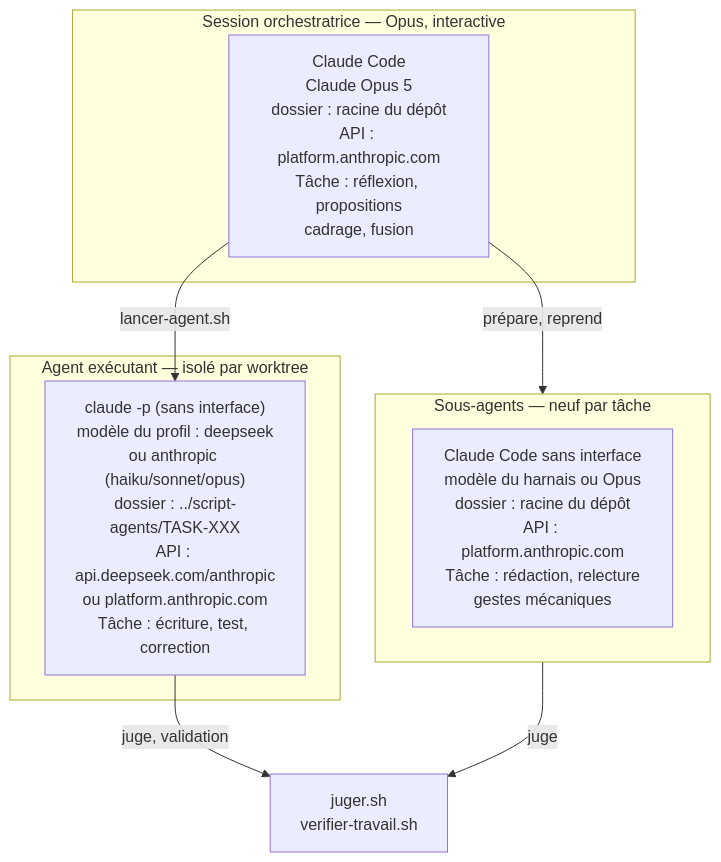
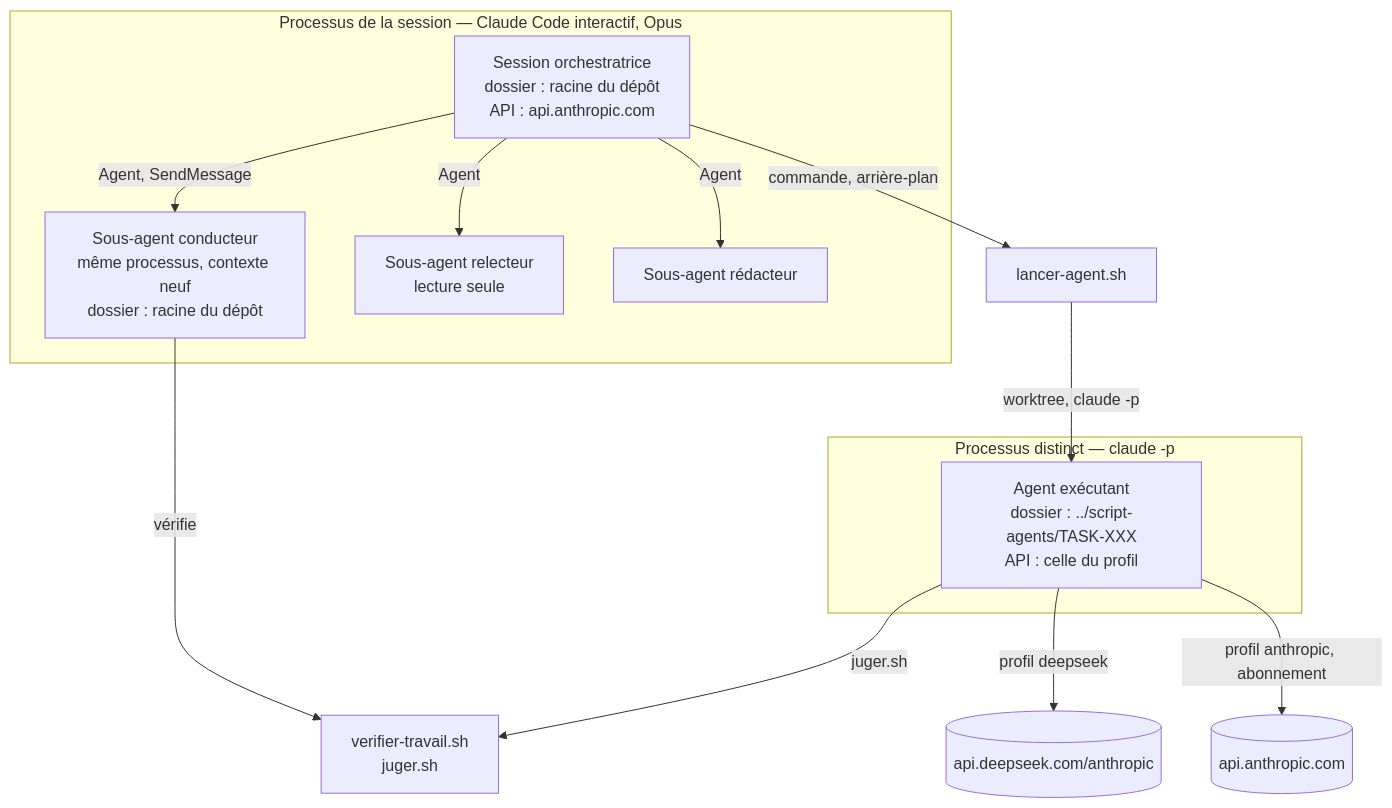
Before and after one commit to MGNetworking/scripts: the fifth of 5 diagrams in orchestration/architecture.md, drawn with Mermaid. The commit also changed other lines of this file, not shown here.

Commit message:
fix: retours de relecture (RETOURS-TASK-094.md)

````diff
--- a/orchestration/architecture.md
+++ b/orchestration/architecture.md
@@ -316,16 +316,26 @@
 ```mermaid
-flowchart TD
-    subgraph Session["Session orchestratrice — Opus, interactive"]
-        SE["Claude Code<br/>Claude Opus 5<br/>dossier : racine du dépôt<br/>API : platform.anthropic.com<br/>Tâche : réflexion, propositions<br/>cadrage, fusion"]
+flowchart TB
+    subgraph Session["Processus de la session — Claude Code interactif, Opus"]
+        S["Session orchestratrice<br/>dossier : racine du dépôt<br/>API : api.anthropic.com"]
+        C["Sous-agent conducteur<br/>même processus, contexte neuf<br/>dossier : racine du dépôt"]
+        L["Sous-agent relecteur<br/>lecture seule"]
+        R["Sous-agent rédacteur"]
     end
-    subgraph SousAgent["Sous-agents — neuf par tâche"]
-        SA["Claude Code sans interface<br/>modèle du harnais ou Opus<br/>dossier : racine du dépôt<br/>API : platform.anthropic.com<br/>Tâche : rédaction, relecture<br/>gestes mécaniques"]
+    subgraph Externe["Processus distinct — claude -p"]
+        A["Agent exécutant<br/>dossier : ../script-agents/TASK-XXX<br/>API : celle du profil"]
     end
-    subgraph Agent["Agent exécutant — isolé par worktree"]
-        AE["claude -p (sans interface)<br/>modèle du profil : deepseek<br/>ou anthropic (haiku/sonnet/opus)<br/>dossier : ../script-agents/TASK-XXX<br/>API : api.deepseek.com/anthropic<br/>ou platform.anthropic.com<br/>Tâche : écriture, test, correction"]
-    end
-    SE -->|prépare, reprend| SousAgent
-    SE -->|lancer-agent.sh| AE
-    AE -->|juge, validation| Batch["juger.sh<br/>verifier-travail.sh"]
-    SousAgent -->|juge| Batch
+    LA["lancer-agent.sh"]
+    V["verifier-travail.sh<br/>juger.sh"]
+    D[("api.deepseek.com/anthropic")]
+    N[("api.anthropic.com")]
+
+    S -- "Agent, SendMessage" --> C
+    S -- "Agent" --> L
+    S -- "Agent" --> R
+    S -- "commande, arrière-plan" --> LA
+    LA -- "worktree, claude -p" --> A
+    C -- "vérifie" --> V
+    A -- "juger.sh" --> V
+    A -- "profil deepseek" --> D
+    A -- "profil anthropic, abonnement" --> N
 ```
````
